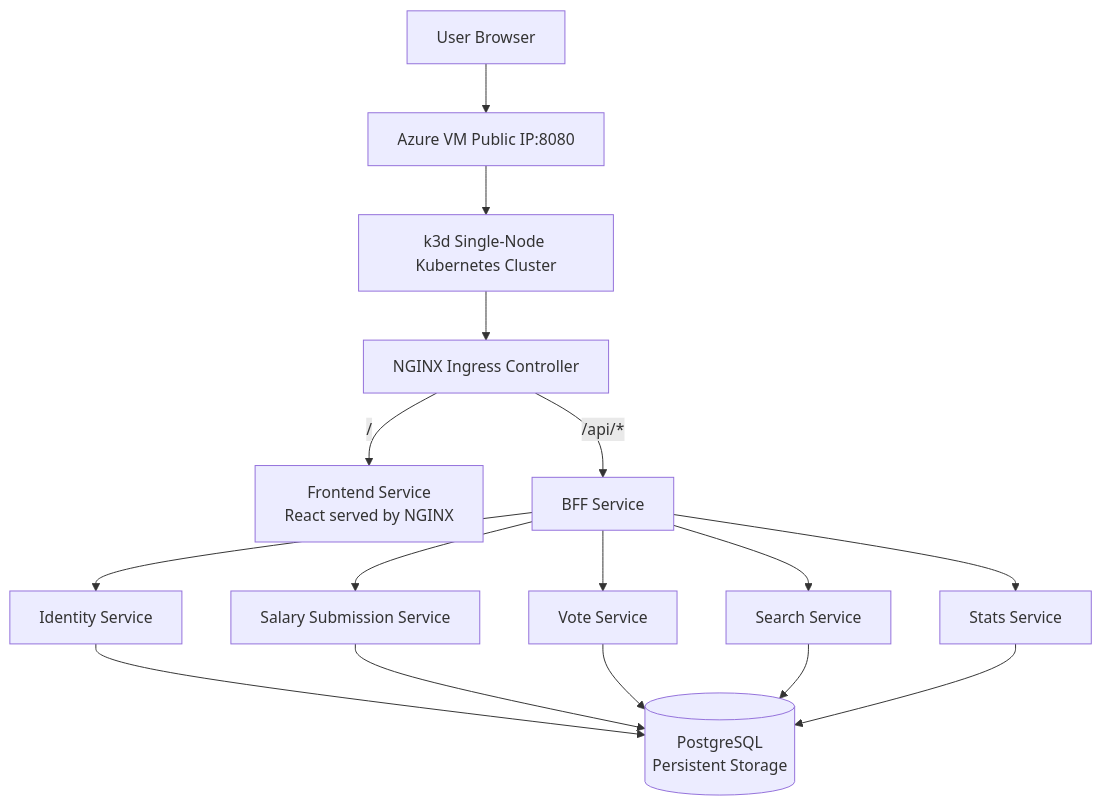
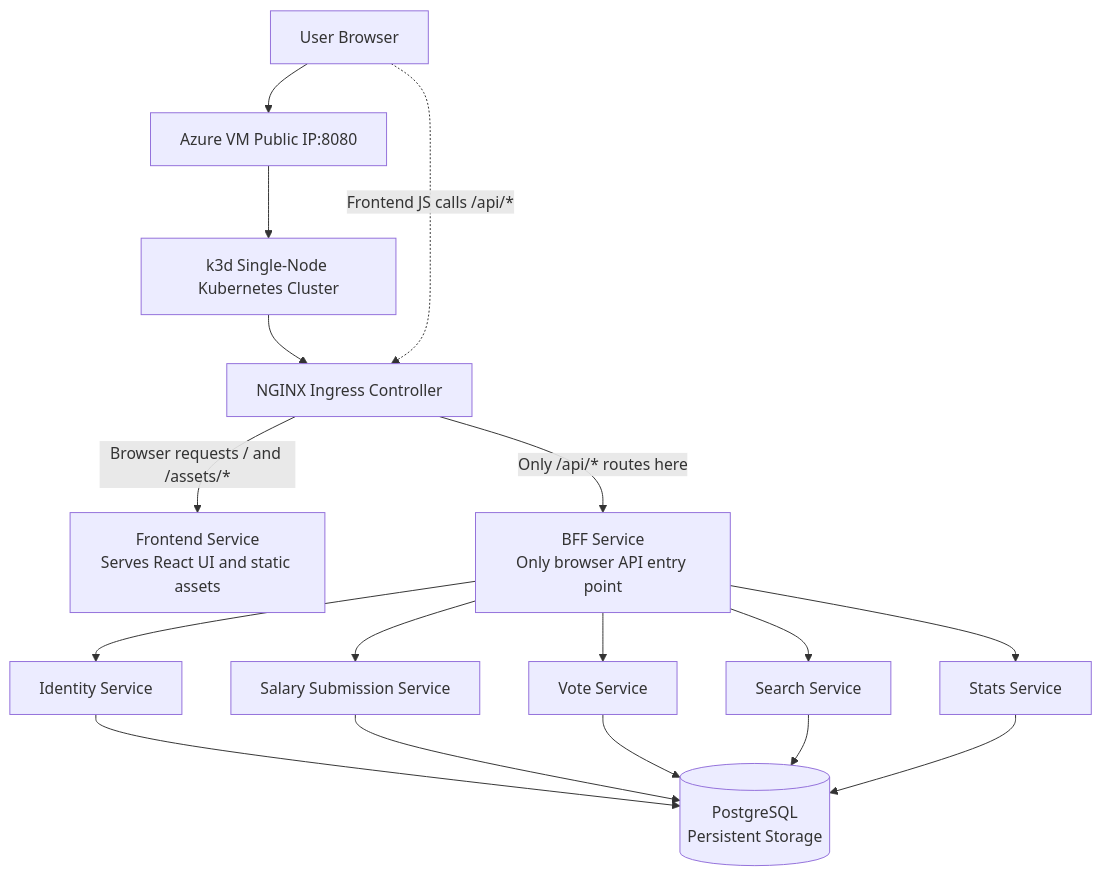
One commit to ravinmuthukumarane/cloud_computing_group_cw changed the first of 15 diagrams in Docs/kubernetes-mermaid-diagrams.md. Above: the diagram before and after it, drawn with Mermaid. The commit also changed other lines of this file and 8 other files, not shown here.

````diff
--- a/Docs/kubernetes-mermaid-diagrams.md
+++ b/Docs/kubernetes-mermaid-diagrams.md
@@ -11,33 +11,34 @@
 ```mermaid
 flowchart TB
     user[User Browser]
     azure[Azure VM Public IP:8080]
     k3d[k3d Single-Node Kubernetes Cluster]
     ingress[NGINX Ingress Controller]
-    frontend[Frontend Service<br/>React served by NGINX]
-    bff[BFF Service]
+    frontend[Frontend Service<br/>Serves React UI and static assets]
+    bff[BFF Service<br/>Only browser API entry point]
     identity[Identity Service]
     salary[Salary Submission Service]
     vote[Vote Service]
     search[Search Service]
     stats[Stats Service]
     postgres[(PostgreSQL<br/>Persistent Storage)]
 
     user --> azure
     azure --> k3d
     k3d --> ingress
-    ingress -->|/| frontend
-    ingress -->|/api/*| bff
+    ingress -->|Browser requests / and /assets/*| frontend
+    user -. Frontend JS calls /api/* .-> ingress
+    ingress -->|Only /api/* routes here| bff
 
     bff --> identity
     bff --> salary
     bff --> vote
     bff --> search
     bff --> stats
 
     identity --> postgres
     salary --> postgres
     vote --> postgres
     search --> postgres
     stats --> postgres
 ```
````
